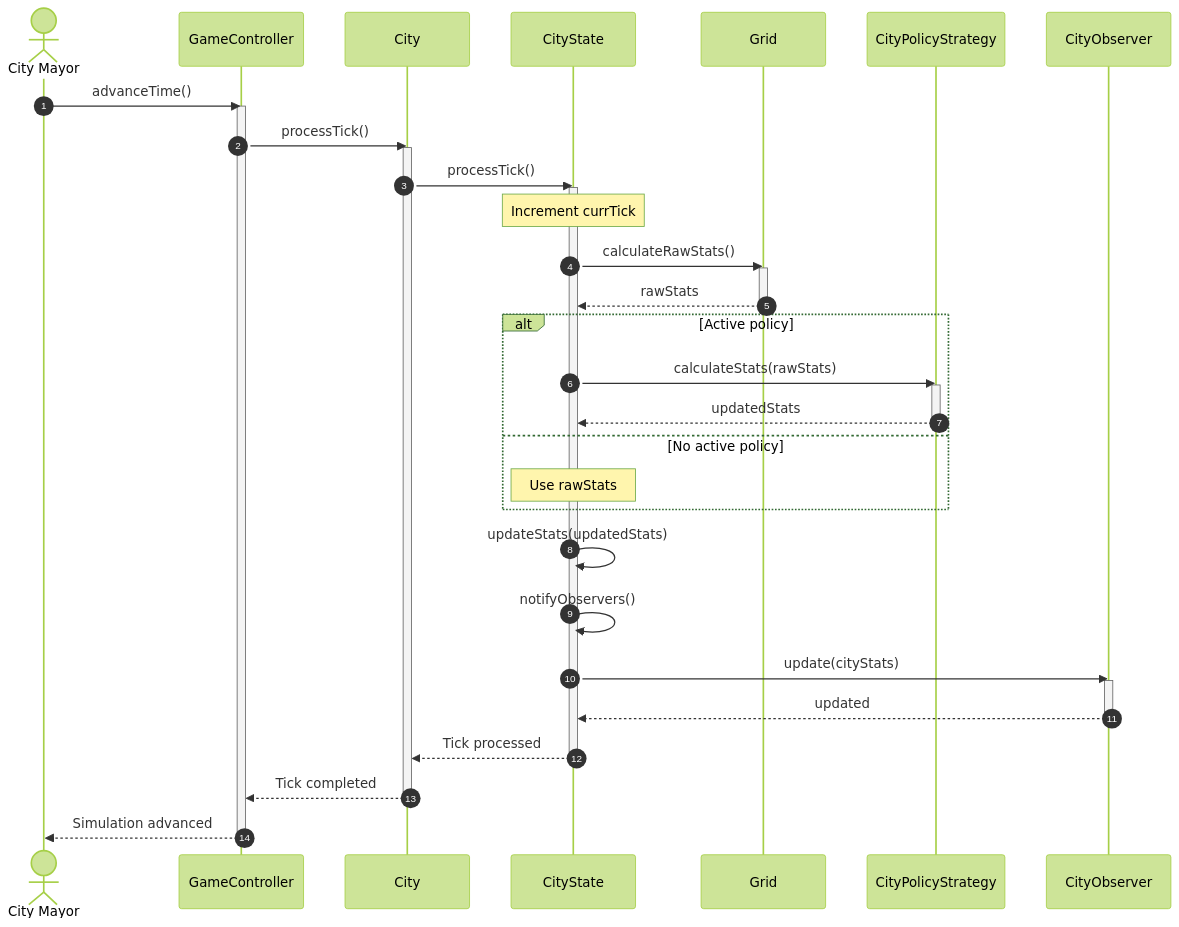
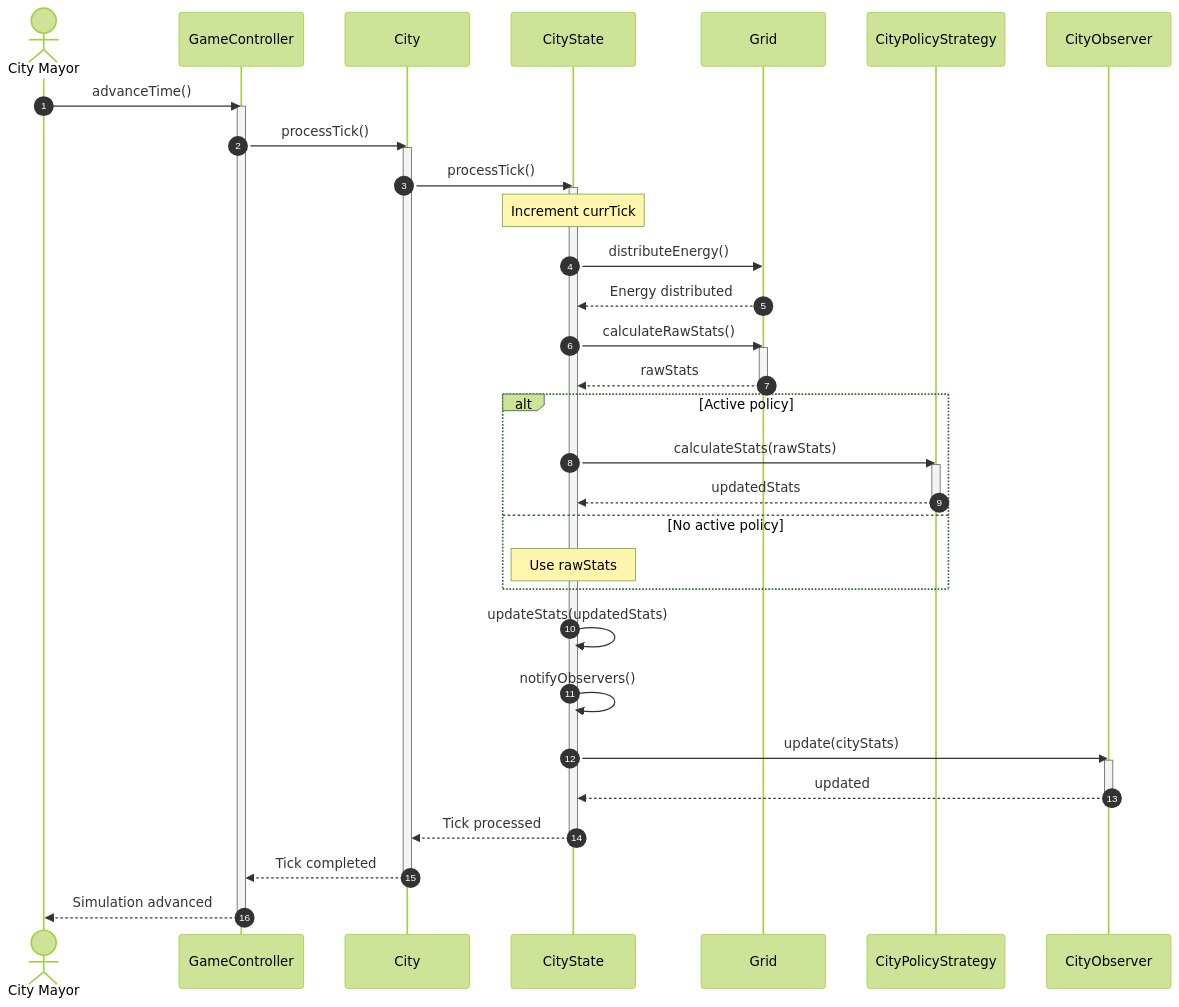
Before and after one commit to andreatoson3-netizen/Amatriciana: the diagram in docs/INTERNAL-SEQUENCE-DIAGRAM/isd-advance-simulation(Tick).md, drawn with Mermaid (forest theme).

````diff
--- a/docs/INTERNAL-SEQUENCE-DIAGRAM/isd-advance-simulation(Tick).md
+++ b/docs/INTERNAL-SEQUENCE-DIAGRAM/isd-advance-simulation(Tick).md
@@ -2,53 +2,56 @@
 ```mermaid
 sequenceDiagram
     autonumber
     actor Mayor as City Mayor
     participant GC as GameController
     participant City as City
     participant CS as CityState
     participant Grid as Grid
     participant Policy as CityPolicyStrategy
     participant Obs as CityObserver
 
     Mayor->>GC: advanceTime()
     activate GC
 
     GC->>City: processTick()
     activate City
 
     City->>CS: processTick()
     activate CS
 
     Note over CS: Increment currTick
+
+    CS->>Grid: distributeEnergy()
+    Grid-->>CS: Energy distributed
 
     CS->>Grid: calculateRawStats()
     activate Grid
     Grid-->>CS: rawStats
     deactivate Grid
 
     alt Active policy
         CS->>Policy: calculateStats(rawStats)
         activate Policy
         Policy-->>CS: updatedStats
         deactivate Policy
     else No active policy
         Note over CS: Use rawStats
     end
 
     CS->>CS: updateStats(updatedStats)
     CS->>CS: notifyObservers()
 
     CS->>Obs: update(cityStats)
     activate Obs
     Obs-->>CS: updated
     deactivate Obs
 
     CS-->>City: Tick processed
     deactivate CS
 
     City-->>GC: Tick completed
     deactivate City
 
     GC-->>Mayor: Simulation advanced
     deactivate GC
 ```
````
